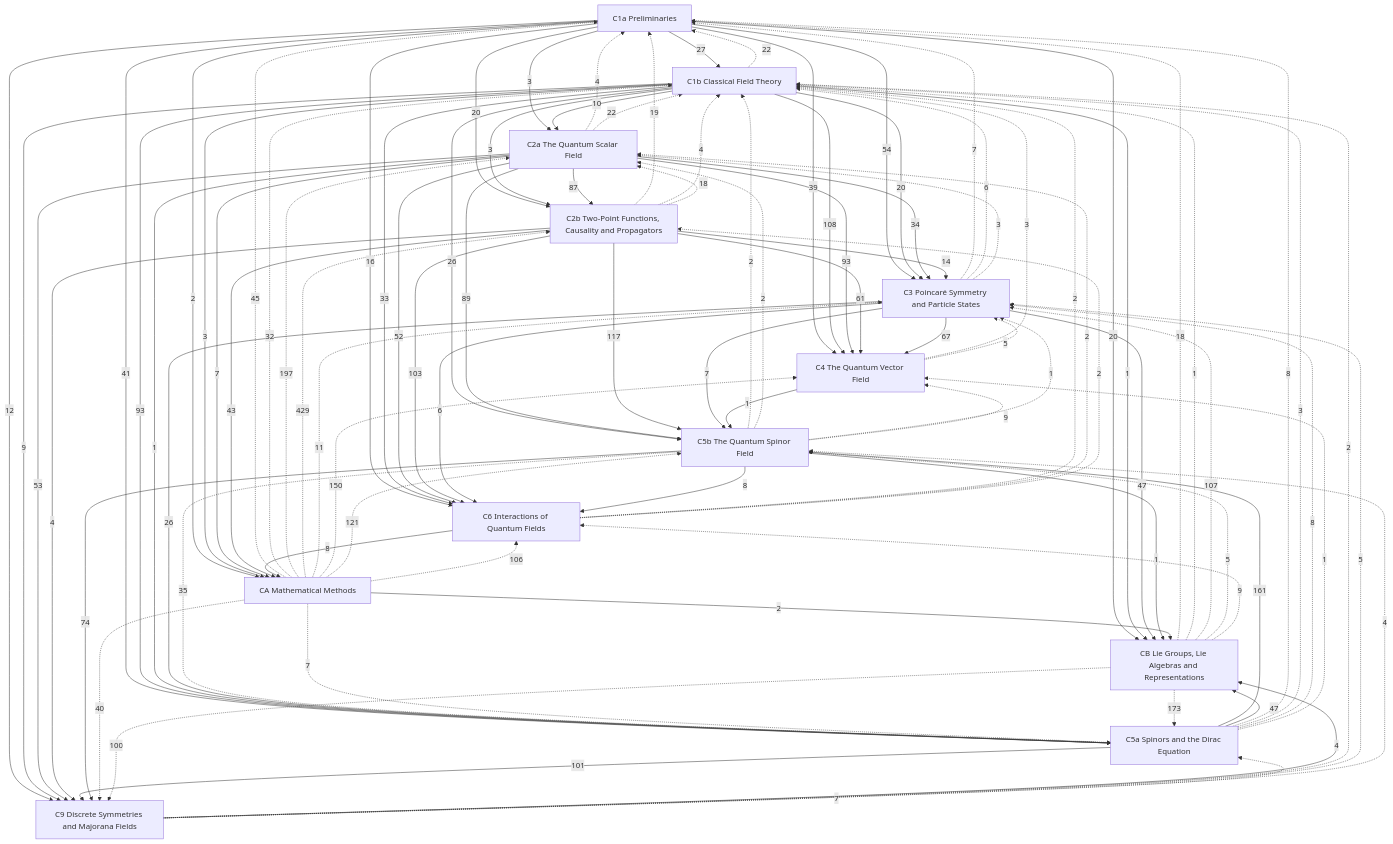
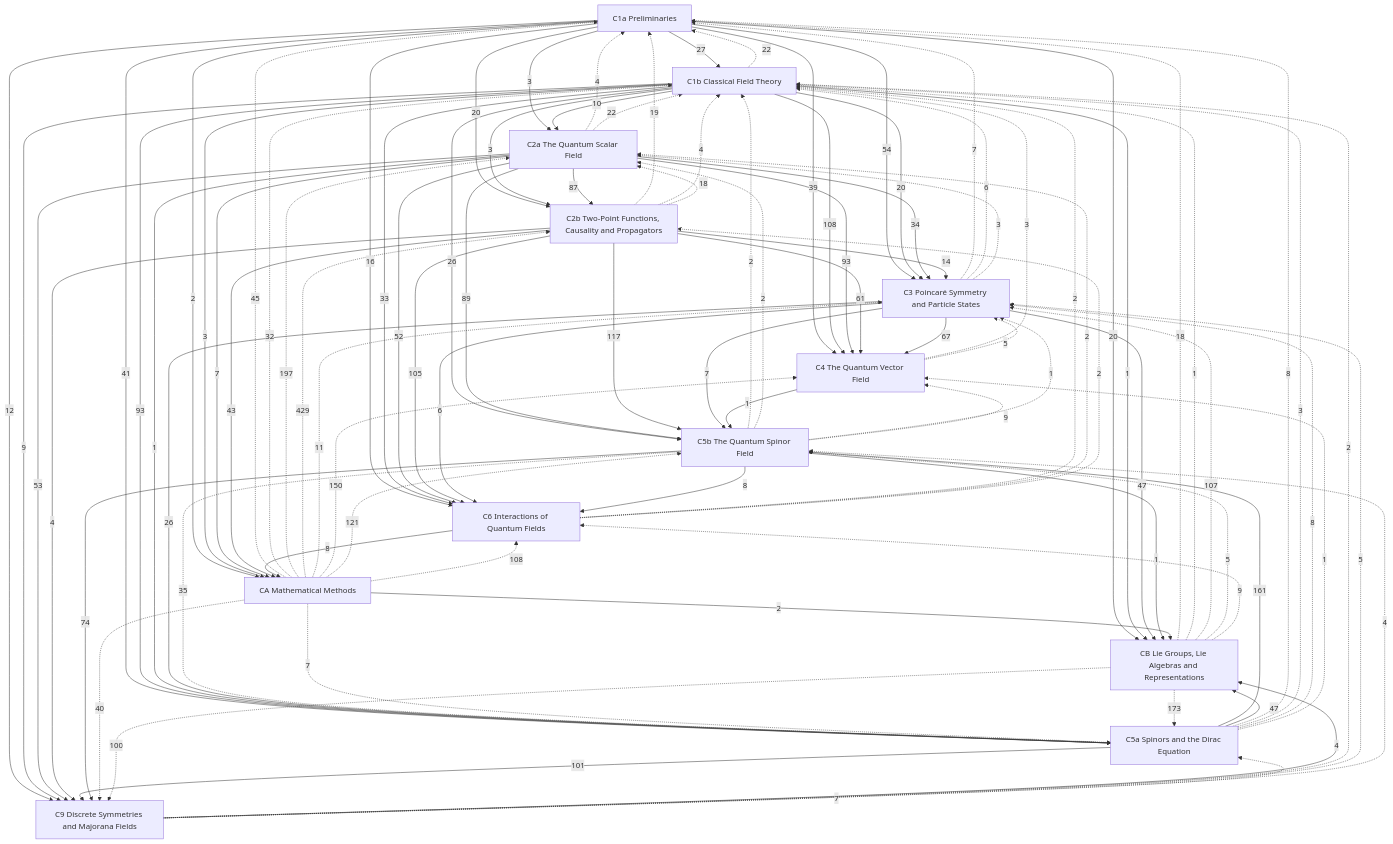
The diagram in Physics/Quantum Field Theory/Quantum Field Theory.md (Onion20040508/notes), drawn with Mermaid before and after one commit. The commit also changed 17 other files, not shown here.

```diff
--- a/Physics/Quantum Field Theory/Quantum Field Theory.md
+++ b/Physics/Quantum Field Theory/Quantum Field Theory.md
@@ -70,7 +70,7 @@
   C1a -->|16| C6
   C1b -->|33| C6
   C2a -->|52| C6
-  C2b -->|103| C6
+  C2b -->|105| C6
   C3 -->|6| C6
   C5b -->|8| C6
   C1a -->|12| C9
@@ -131,7 +131,7 @@
   C9 -.->|4| C5b
   CA -.->|121| C5b
   CB -.->|5| C5b
-  CA -.->|106| C6
+  CA -.->|108| C6
   CB -.->|9| C6
   CA -.->|40| C9
   CB -.->|100| C9
```
